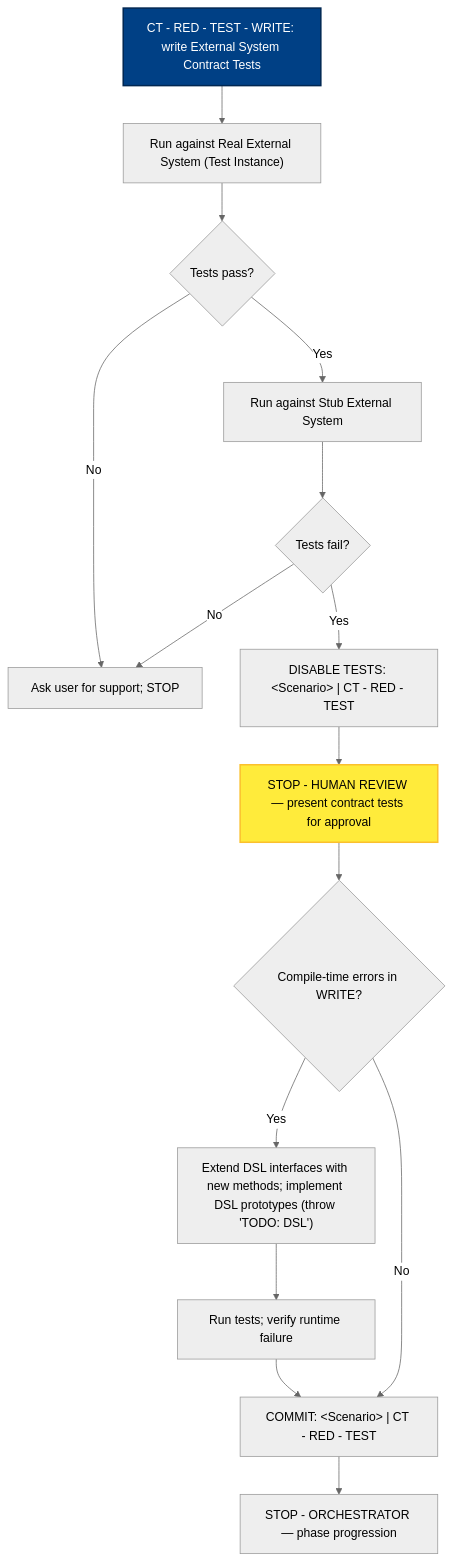
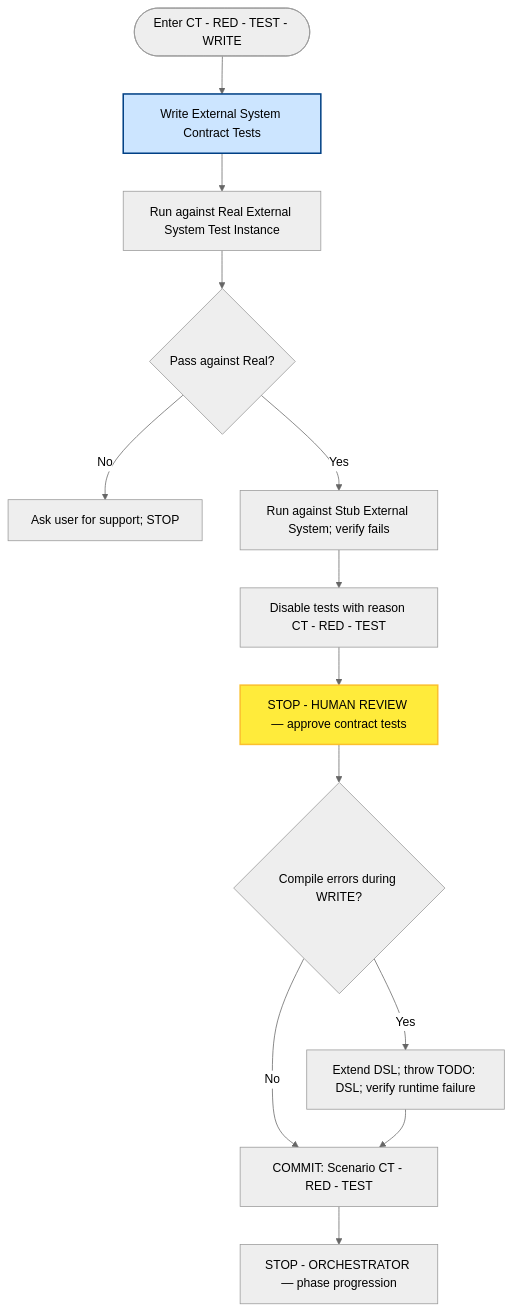
Before and after one commit to optivem/starter: the fifth of 8 diagrams in docs/atdd/process/phase-details-diagram.md, drawn with Mermaid (neutral theme). The commit also changed other lines of this file and 1 other file, not shown here.

First line of the commit message:
Regenerate process diagrams after AT/CT phase doc split

````diff
--- a/docs/atdd/process/phase-details-diagram.md
+++ b/docs/atdd/process/phase-details-diagram.md
@@ -165,36 +169,33 @@
 ```mermaid
 flowchart TD
-    WRITE[CT - RED - TEST - WRITE: write External System Contract Tests]
-    RUN_REAL["Run against Real External System (Test Instance)"]
-    REAL_PASS{Tests pass?}
-    ASK_USER[Ask user for support; STOP]
-    RUN_STUB[Run against Stub External System]
-    STUB_FAIL{Tests fail?}
-    DISABLE["DISABLE TESTS: &lt;Scenario&gt; | CT - RED - TEST"]
-    STOP_WRITE[STOP - HUMAN REVIEW — present contract tests for approval]
-    HAS_COMPILE_ERR{Compile-time errors in WRITE?}
-    EXTEND_DSL["Extend DSL interfaces with new methods; implement DSL prototypes (throw 'TODO: DSL')"]
-    RUN_RUNTIME[Run tests; verify runtime failure]
-    COMMIT["COMMIT: &lt;Scenario&gt; | CT - RED - TEST"]
+    START([Enter CT - RED - TEST - WRITE])
+    WRITE[Write External System Contract Tests]
+    RUN_REAL[Run against Real External System Test Instance]
+    REAL_PASS{Pass against Real?}
+    ASK_STOP[Ask user for support; STOP]
+    RUN_STUB[Run against Stub External System; verify fails]
+    DISABLE[Disable tests with reason CT - RED - TEST]
+    STOP_WRITE[STOP - HUMAN REVIEW — approve contract tests]
+    COMPILE_ERR{Compile errors during WRITE?}
+    EXTEND_DSL[Extend DSL; throw TODO: DSL; verify runtime failure]
+    COMMIT[COMMIT: Scenario CT - RED - TEST]
     STOP_END[STOP - ORCHESTRATOR — phase progression]
 
+    START --> WRITE
     WRITE --> RUN_REAL
     RUN_REAL --> REAL_PASS
-    REAL_PASS -->|No| ASK_USER
+    REAL_PASS -->|No| ASK_STOP
     REAL_PASS -->|Yes| RUN_STUB
-    RUN_STUB --> STUB_FAIL
-    STUB_FAIL -->|Yes| DISABLE
-    STUB_FAIL -->|No| ASK_USER
+    RUN_STUB --> DISABLE
     DISABLE --> STOP_WRITE
-    STOP_WRITE --> HAS_COMPILE_ERR
-    HAS_COMPILE_ERR -->|Yes| EXTEND_DSL
-    EXTEND_DSL --> RUN_RUNTIME
-    RUN_RUNTIME --> COMMIT
-    HAS_COMPILE_ERR -->|No| COMMIT
+    STOP_WRITE --> COMPILE_ERR
+    COMPILE_ERR -->|Yes| EXTEND_DSL
+    COMPILE_ERR -->|No| COMMIT
+    EXTEND_DSL --> COMMIT
     COMMIT --> STOP_END
 
-    classDef effortNode fill:#004085,stroke:#002752,stroke-width:2px,color:#fff
+    classDef effortNode fill:#cce5ff,stroke:#004085,stroke-width:2px
     class WRITE effortNode
     classDef humanReviewNode fill:#ffeb3b,stroke:#fbc02d,stroke-width:2px,color:#000
     class STOP_WRITE humanReviewNode
 ```
````
